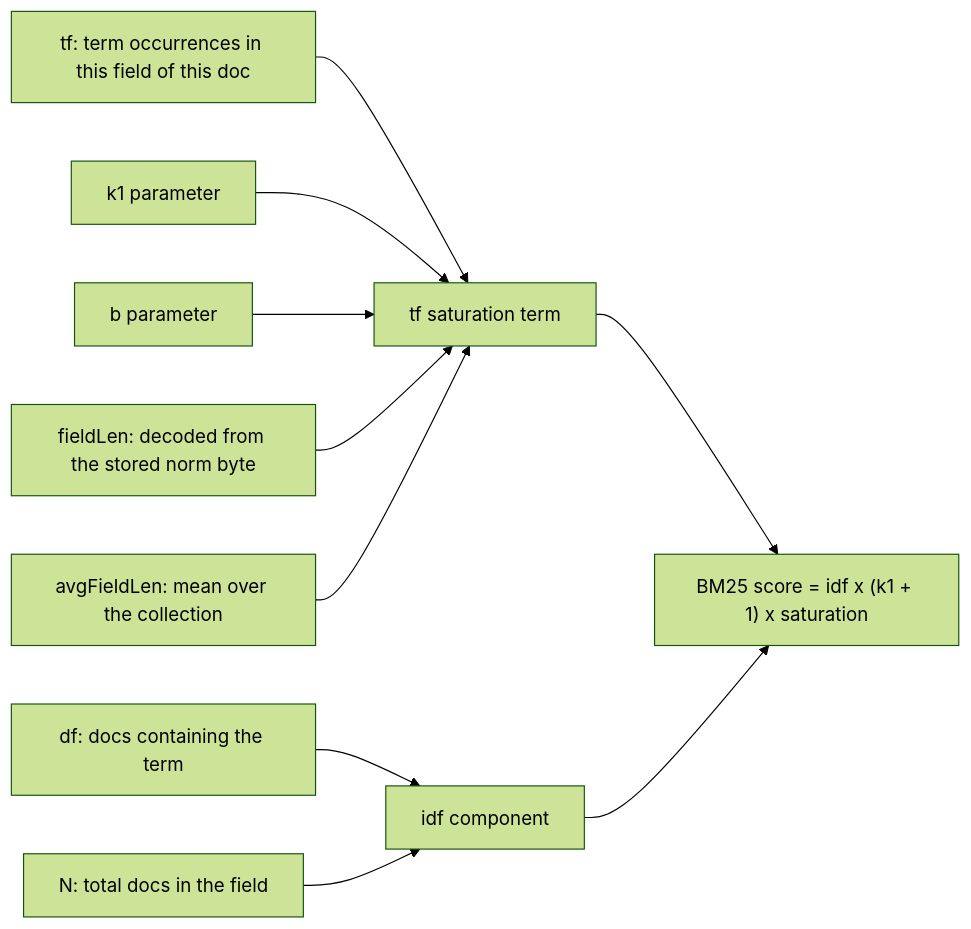
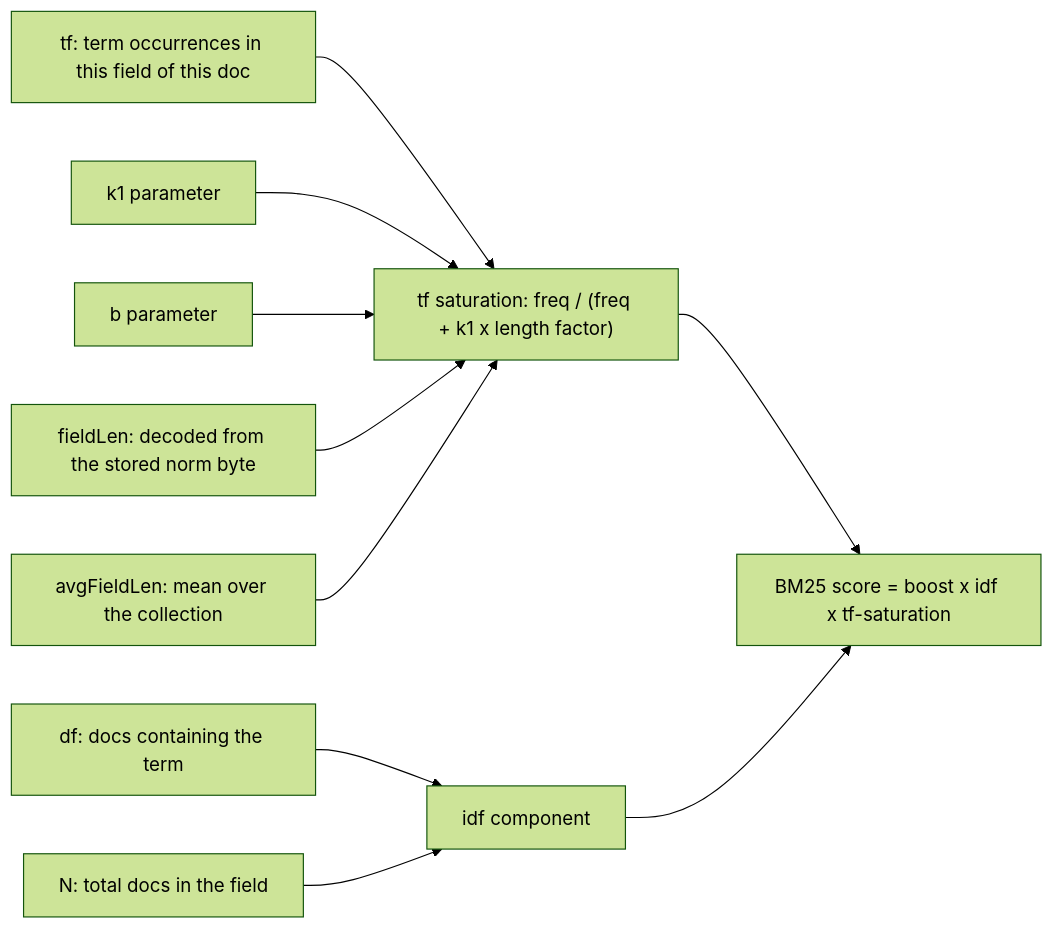
The second of 2 diagrams in modules/ROOT/pages/database/lucene/scoring-and-similarity.adoc (albertoirurueta/docs), drawn with Mermaid (forest theme) before and after one commit. The commit also changed other lines of this file and 6182 other files, not shown here.

```diff
--- a/modules/ROOT/pages/database/lucene/scoring-and-similarity.adoc
+++ b/modules/ROOT/pages/database/lucene/scoring-and-similarity.adoc
@@ -138,13 +246,13 @@
 [mermaid]
 ....
 flowchart LR
-  tf["tf: term occurrences in this field of this doc"] --> sat["tf saturation term"]
+  tf["tf: term occurrences in this field of this doc"] --> sat["tf saturation: freq / (freq + k1 x length factor)"]
   k1["k1 parameter"] --> sat
   b["b parameter"] --> sat
   fl["fieldLen: decoded from the stored norm byte"] --> sat
   afl["avgFieldLen: mean over the collection"] --> sat
   df["df: docs containing the term"] --> idf["idf component"]
   n["N: total docs in the field"] --> idf
-  sat --> score["BM25 score = idf x (k1 + 1) x saturation"]
+  sat --> score["BM25 score = boost x idf x tf-saturation"]
   idf --> score
 ....
```
